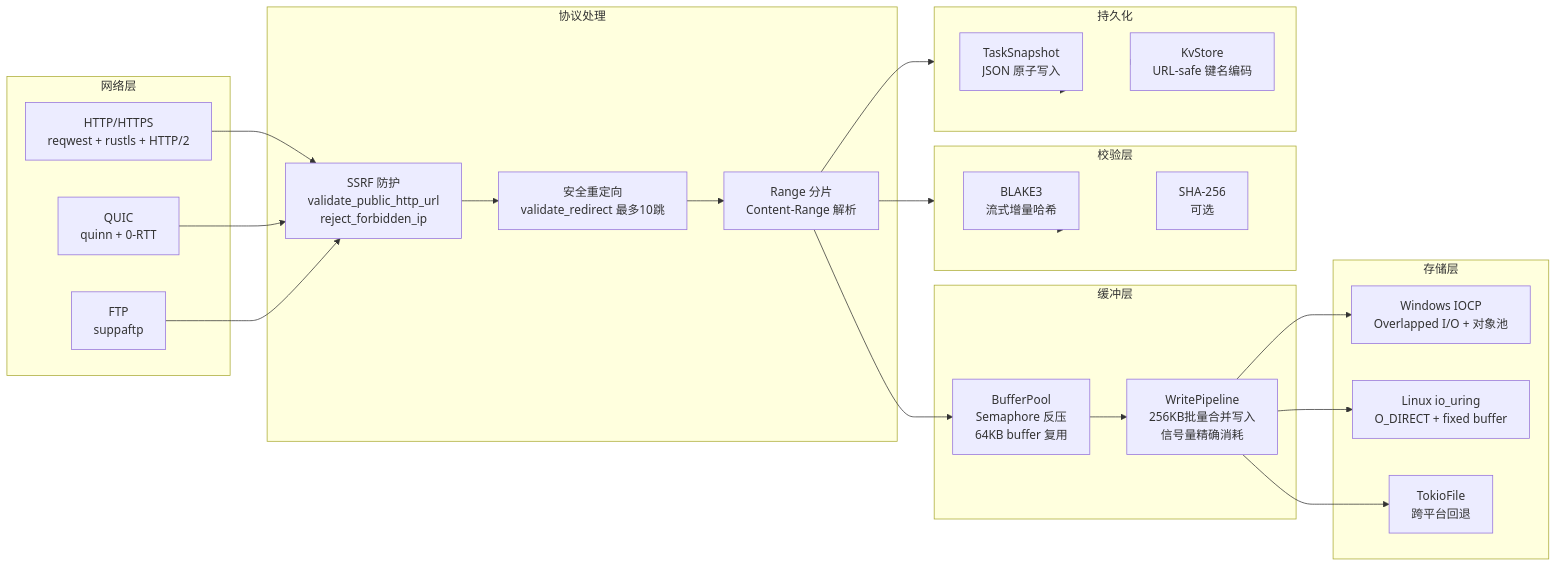
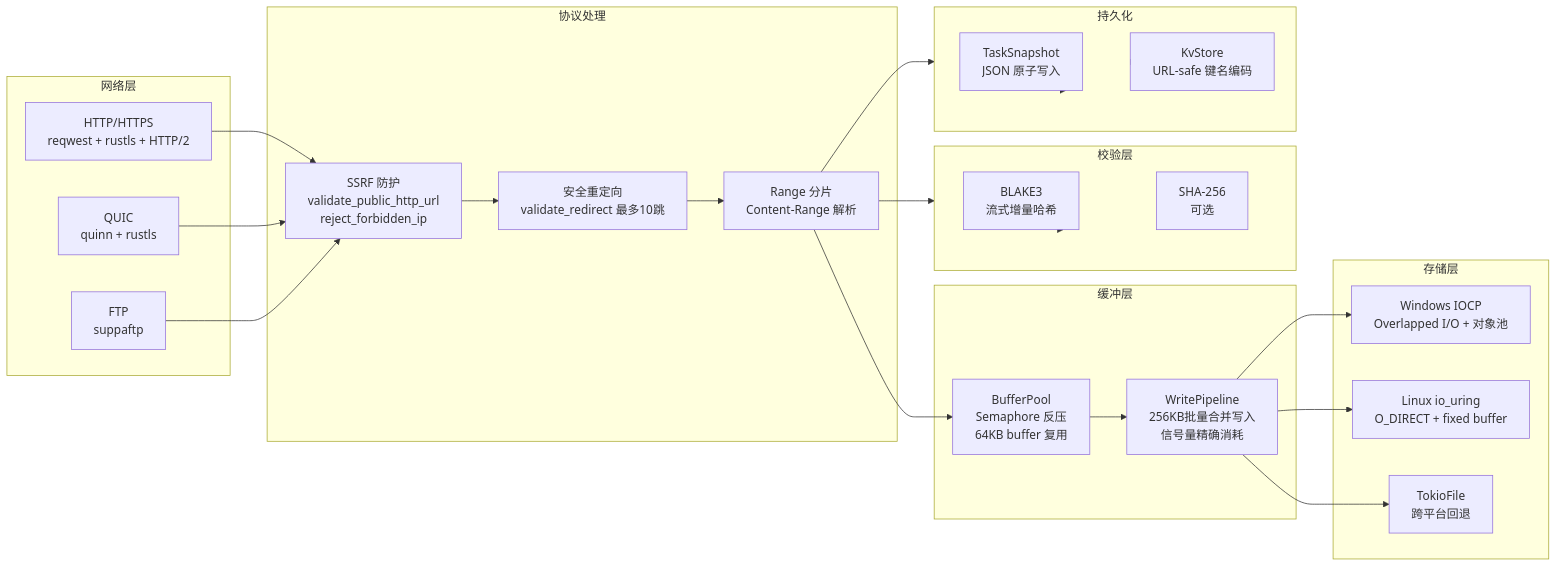
One commit to baiye2941/Tachyon changed the sixth of 7 diagrams in README.md. Above: the diagram before and after it, drawn with Mermaid. The commit also changed other lines of this file and 10 other files, not shown here.

````diff
--- a/README.md
+++ b/README.md
@@ -334,52 +323,52 @@
 ```mermaid
 flowchart LR
     subgraph NET["网络层"]
         HTTP["HTTP/HTTPS<br/>reqwest + rustls + HTTP/2"]
-        QUIC["QUIC<br/>quinn + 0-RTT"]
+        QUIC["QUIC<br/>quinn + rustls"]
         FTP["FTP<br/>suppaftp"]
     end
 
     subgraph PROC["协议处理"]
         SSRF["SSRF 防护<br/>validate_public_http_url<br/>reject_forbidden_ip"]
         REDIR["安全重定向<br/>validate_redirect 最多10跳"]
         RANGE["Range 分片<br/>Content-Range 解析"]
     end
 
     subgraph BUF["缓冲层"]
         POOL["BufferPool<br/>Semaphore 反压<br/>64KB buffer 复用"]
         PIPE["WritePipeline<br/>256KB批量合并写入<br/>信号量精确消耗"]
     end
 
     subgraph DISK["存储层"]
         IOCP["Windows IOCP<br/>Overlapped I/O + 对象池"]
         IOURING["Linux io_uring<br/>O_DIRECT + fixed buffer"]
         TOKIO["TokioFile<br/>跨平台回退"]
     end
 
     subgraph VERIFY["校验层"]
         BLAKE3["BLAKE3<br/>流式增量哈希"]
         SHA256["SHA-256<br/>可选"]
     end
 
     subgraph PERSIST["持久化"]
         SNAP["TaskSnapshot<br/>JSON 原子写入"]
         KV["KvStore<br/>URL-safe 键名编码"]
     end
 
     HTTP --> SSRF
     QUIC --> SSRF
     FTP --> SSRF
     SSRF --> REDIR
     REDIR --> RANGE
     RANGE --> POOL
     POOL --> PIPE
     PIPE --> IOCP
     PIPE --> IOURING
     PIPE --> TOKIO
     RANGE --> VERIFY
     VERIFY --> BLAKE3
     VERIFY --> SHA256
     RANGE --> PERSIST
     PERSIST --> SNAP
     PERSIST --> KV
 ```
````
